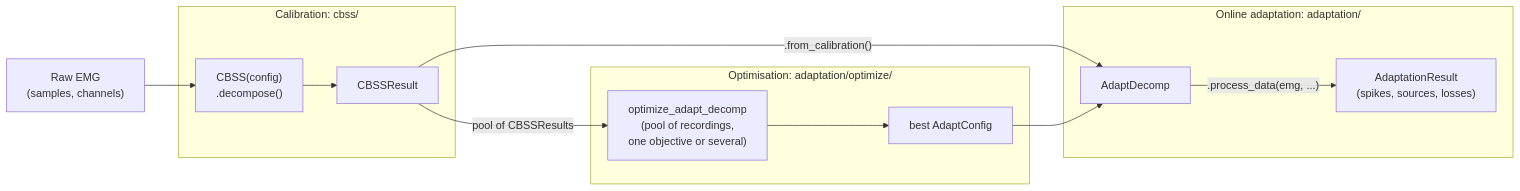
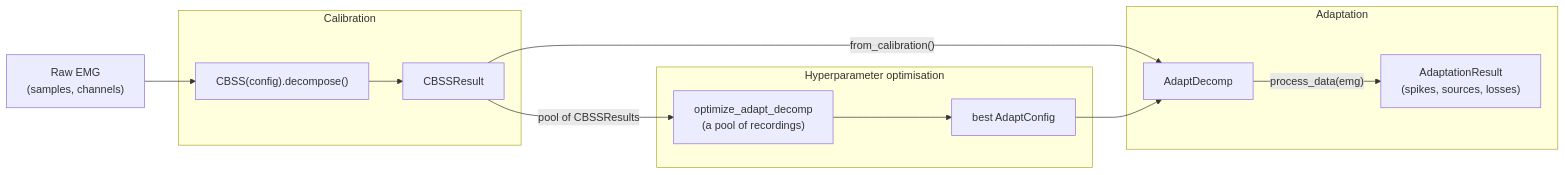
The diagram in docs/index.md (imendezguerra/adapt_decomp), drawn with Mermaid before and after one commit. The commit also changed other lines of this file and 104 other files, not shown here.

Commit message:
simplified process_data without backward pass

````diff
--- a/docs/index.md
+++ b/docs/index.md
@@ -9,27 +5,27 @@
 ```mermaid
 flowchart LR
     EMG["Raw EMG\n(samples, channels)"]
 
-    subgraph CAL["Calibration: cbss/"]
-        CBSSC["CBSS(config)\n.decompose()"]
+    subgraph CAL["Calibration"]
+        CBSS["CBSS(config).decompose()"]
         RES["CBSSResult"]
-        CBSSC --> RES
+        CBSS --> RES
     end
 
-    subgraph ADAPT["Online adaptation: adaptation/"]
+    subgraph ADAPT["Adaptation"]
         AD["AdaptDecomp"]
         OUT["AdaptationResult\n(spikes, sources, losses)"]
-        AD -->|".process_data(emg, ...)"| OUT
+        AD -->|"process_data(emg)"| OUT
     end
 
-    subgraph OPT["Optimisation: adaptation/optimize/"]
-        O["optimize_adapt_decomp\n(pool of recordings,\none objective or several)"]
+    subgraph OPT["Hyperparameter optimisation"]
+        O["optimize_adapt_decomp\n(a pool of recordings)"]
         BEST["best AdaptConfig"]
         O --> BEST
     end
 
-    EMG --> CBSSC
-    RES -->|".from_calibration()"| AD
+    EMG --> CBSS
+    RES -->|"from_calibration()"| AD
     RES -->|"pool of CBSSResults"| O
     BEST --> AD
 ```
````
